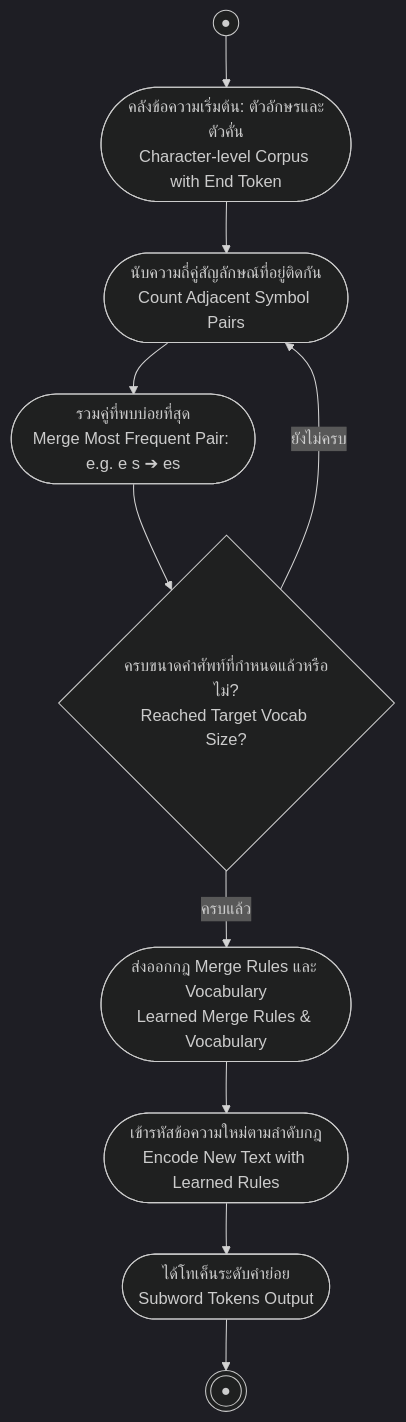
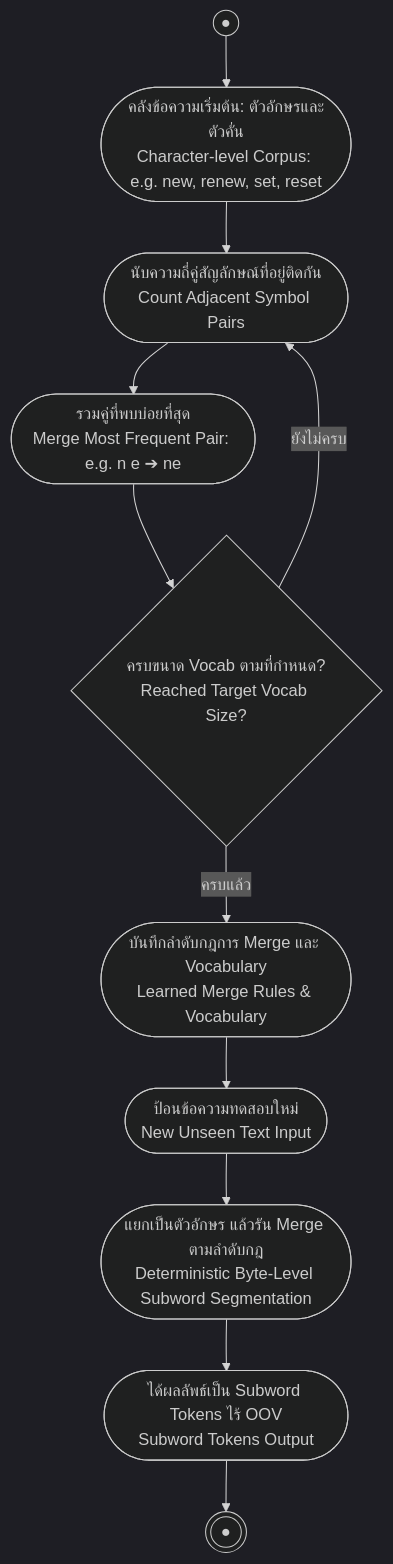
The diagram in 01_Lectures/Week1/Tokenization.md (PhuriphatTyPeZ3r0/Course-1323404-Natural-Language-Processing-2026), drawn with Mermaid (dark theme) before and after one commit. The commit also changed other lines of this file and 6 other files, not shown here.

````diff
--- a/01_Lectures/Week1/Tokenization.md
+++ b/01_Lectures/Week1/Tokenization.md
@@ -117,12 +164,14 @@
 ```mermaid
 flowchart TD
-    Start((●)) --> InitCorpus([คลังข้อความเริ่มต้น: ตัวอักษรและตัวคั่น<br>Character-level Corpus with End Token])
+    Start((●)) --> InitCorpus([คลังข้อความเริ่มต้น: ตัวอักษรและตัวคั่น<br>Character-level Corpus: e.g. new, renew, set, reset])
     InitCorpus --> Count([นับความถี่คู่สัญลักษณ์ที่อยู่ติดกัน<br>Count Adjacent Symbol Pairs])
-    Count --> Merge([รวมคู่ที่พบบ่อยที่สุด<br>Merge Most Frequent Pair: e.g. e s ➔ es])
-    Merge --> Repeat{ครบขนาดคำศัพท์ที่กำหนดแล้วหรือไม่?<br>Reached Target Vocab Size?}
-    Repeat -- ยังไม่ครบ --> Count
-    Repeat -- ครบแล้ว --> Vocab([ส่งออกกฎ Merge Rules และ Vocabulary<br>Learned Merge Rules & Vocabulary])
-    Vocab --> Encode([เข้ารหัสข้อความใหม่ตามลำดับกฎ<br>Encode New Text with Learned Rules])
-    Encode --> Result([ได้โทเค็นระดับคำย่อย<br>Subword Tokens Output])
-    Result --> EndNode(((●)))
+    Count --> Merge([รวมคู่ที่พบบ่อยที่สุด<br>Merge Most Frequent Pair: e.g. n e ➔ ne])
+    Merge --> Check{ครบขนาด Vocab ตามที่กำหนด?<br>Reached Target Vocab Size?}
+    Check -- ยังไม่ครบ --> Count
+    Check -- ครบแล้ว --> SaveRules([บันทึกลำดับกฎการ Merge และ Vocabulary<br>Learned Merge Rules & Vocabulary])
+    
+    SaveRules --> ApplyTest([ป้อนข้อความทดสอบใหม่<br>New Unseen Text Input])
+    ApplyTest --> Tokenize([แยกเป็นตัวอักษร แล้วรัน Merge ตามลำดับกฎ<br>Deterministic Byte-Level Subword Segmentation])
+    Tokenize --> FinalTokens([ได้ผลลัพธ์เป็น Subword Tokens ไร้ OOV<br>Subword Tokens Output])
+    FinalTokens --> EndNode(((●)))
 ```
````
